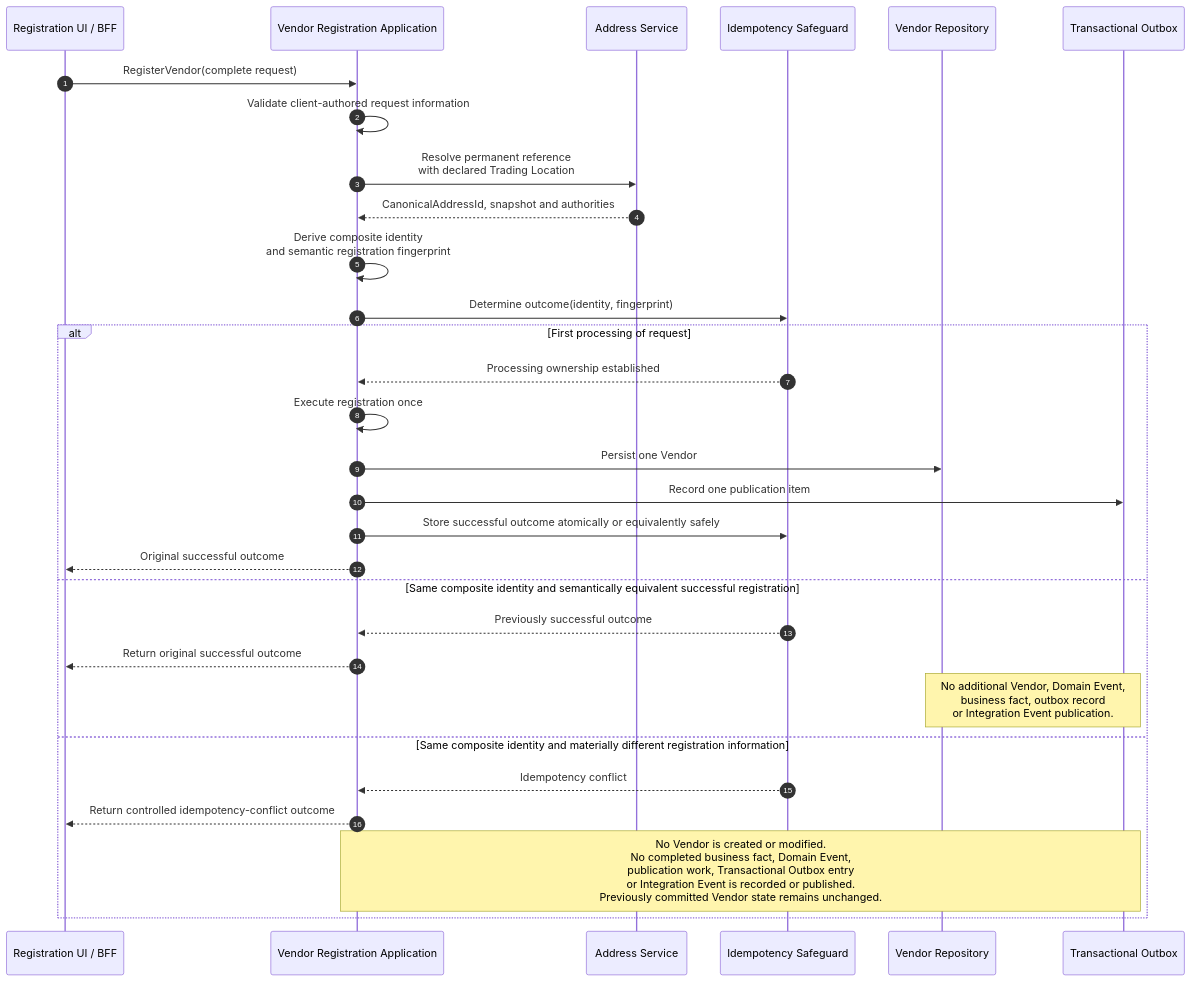
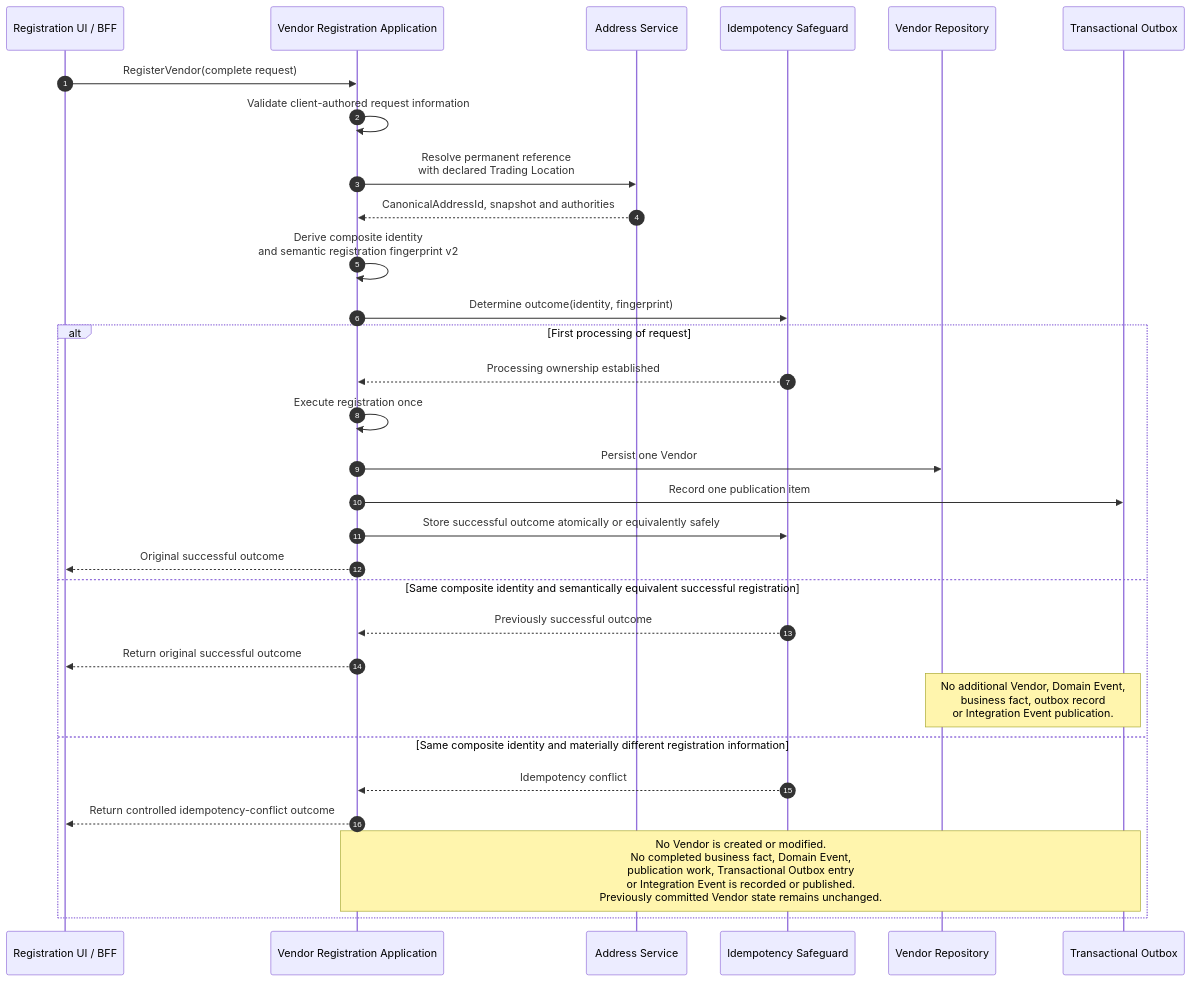
The sixth of 12 diagrams in docs/architecture/HJ-105 - Vendor Registration Sequence Diagram.md (Joasties/HotJoes), drawn with Mermaid before and after one commit. The commit also changed other lines of this file and 510 other files, not shown here.

````diff
--- a/docs/architecture/HJ-105 - Vendor Registration Sequence Diagram.md
+++ b/docs/architecture/HJ-105 - Vendor Registration Sequence Diagram.md
@@ -400,34 +455,34 @@
 ```mermaid
 sequenceDiagram
     autonumber
     participant Client as Registration UI / BFF
     participant Application as Vendor Registration Application
     participant Address as Address Service
     participant Idempotency as Idempotency Safeguard
     participant Repository as Vendor Repository
     participant Outbox as Transactional Outbox
 
     Client->>Application: RegisterVendor(complete request)
     Application->>Application: Validate client-authored request information
     Application->>Address: Resolve permanent reference<br/>with declared Trading Location
     Address-->>Application: CanonicalAddressId, snapshot and authorities
-    Application->>Application: Derive composite identity<br/>and semantic registration fingerprint
+    Application->>Application: Derive composite identity<br/>and semantic registration fingerprint v2
     Application->>Idempotency: Determine outcome(identity, fingerprint)
 
     alt First processing of request
         Idempotency-->>Application: Processing ownership established
         Application->>Application: Execute registration once
         Application->>Repository: Persist one Vendor
         Application->>Outbox: Record one publication item
         Application->>Idempotency: Store successful outcome atomically or equivalently safely
         Application-->>Client: Original successful outcome
     else Same composite identity and semantically equivalent successful registration
         Idempotency-->>Application: Previously successful outcome
         Application-->>Client: Return original successful outcome
         Note over Repository,Outbox: No additional Vendor, Domain Event,<br/>business fact, outbox record<br/>or Integration Event publication.
     else Same composite identity and materially different registration information
         Idempotency-->>Application: Idempotency conflict
         Application-->>Client: Return controlled idempotency-conflict outcome
         Note over Application,Outbox: No Vendor is created or modified.<br/>No completed business fact, Domain Event,<br/>publication work, Transactional Outbox entry<br/>or Integration Event is recorded or published.<br/>Previously committed Vendor state remains unchanged.
     end
 ```
````
